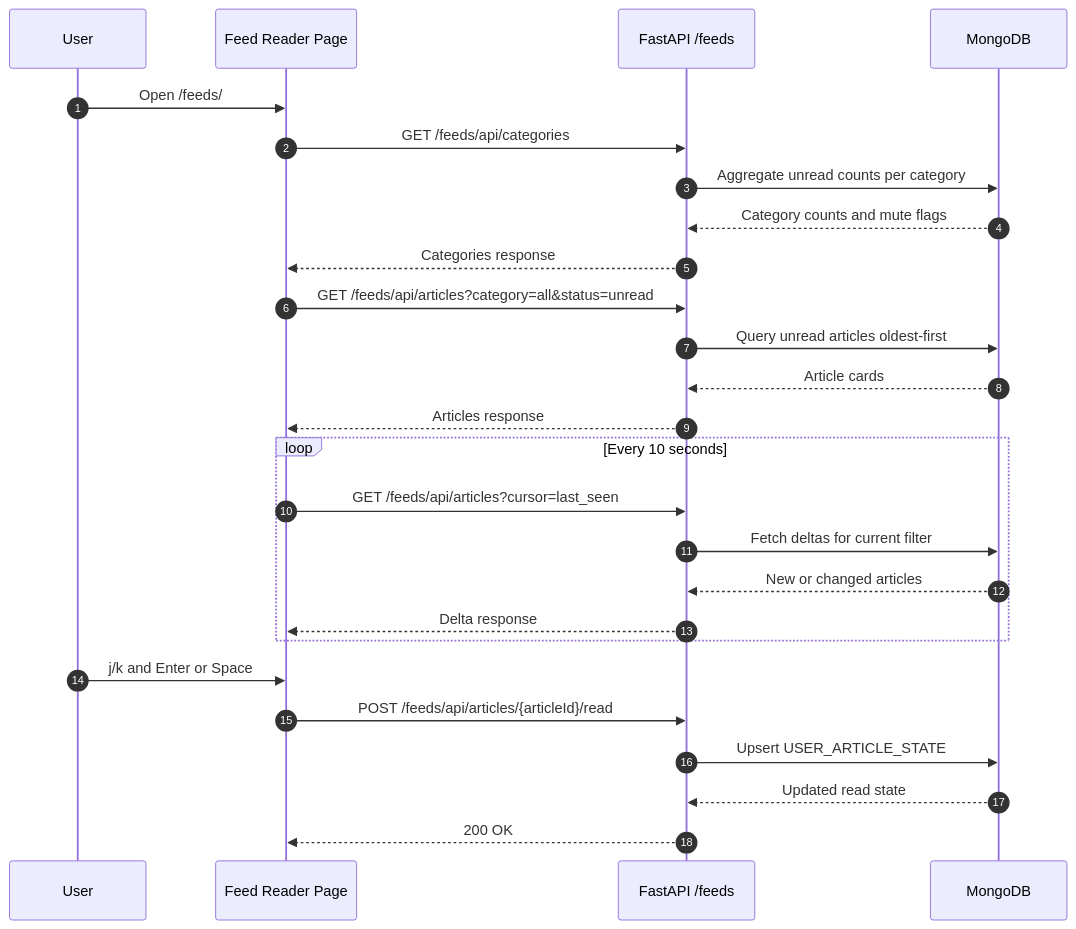
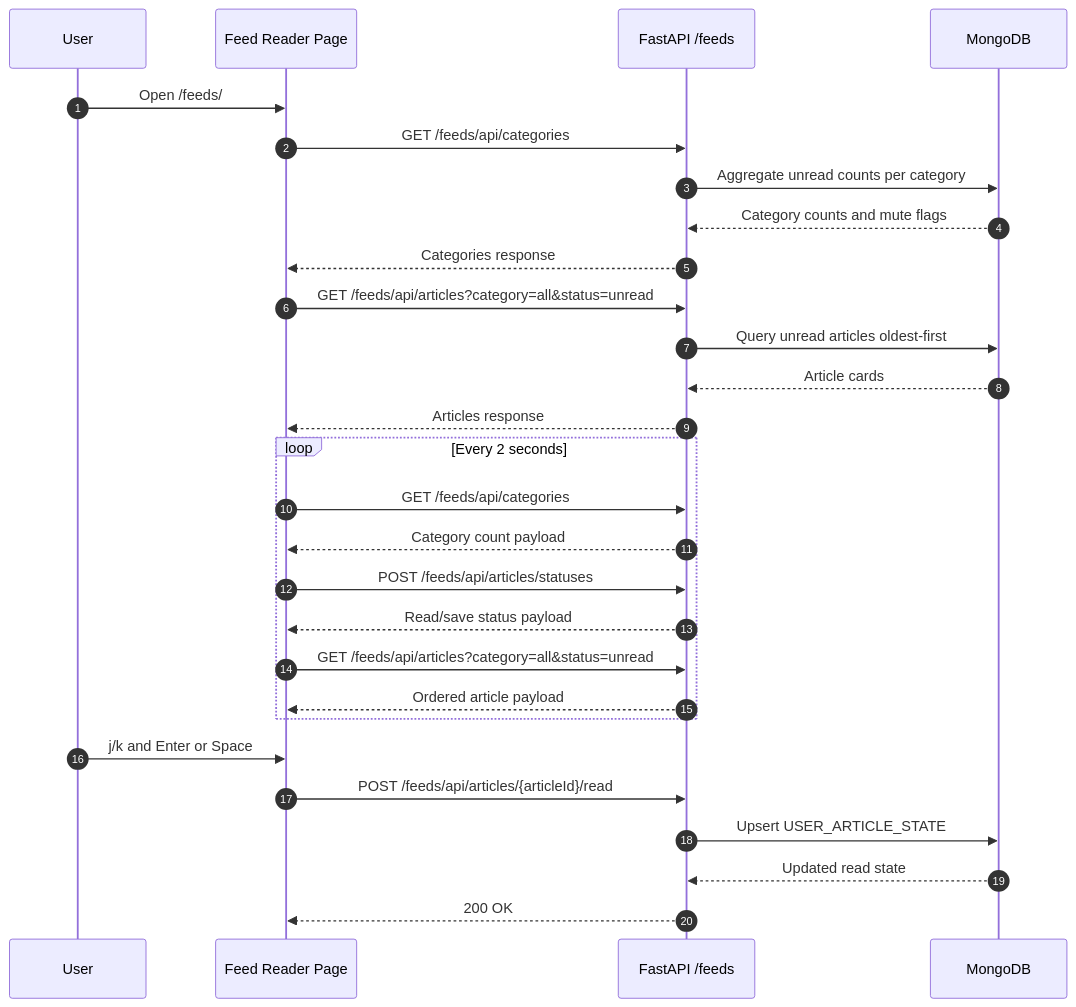
One commit to schleising/website3 changed the fifth of 5 diagrams in website/feeds/README.md. Above: the diagram before and after it, drawn with Mermaid. The commit also changed other lines of this file, not shown here.

````diff
--- a/website/feeds/README.md
+++ b/website/feeds/README.md
@@ -519,29 +575,31 @@
 ```mermaid
 sequenceDiagram
 	 autonumber
 	 participant U as User
 	 participant UI as Feed Reader Page
 	 participant API as FastAPI /feeds
 	 participant DB as MongoDB
 
 	 U->>UI: Open /feeds/
 	 UI->>API: GET /feeds/api/categories
 	 API->>DB: Aggregate unread counts per category
 	 DB-->>API: Category counts and mute flags
 	 API-->>UI: Categories response
 	 UI->>API: GET /feeds/api/articles?category=all&status=unread
 	 API->>DB: Query unread articles oldest-first
 	 DB-->>API: Article cards
 	 API-->>UI: Articles response
-	 loop Every 10 seconds
-		  UI->>API: GET /feeds/api/articles?cursor=last_seen
-		  API->>DB: Fetch deltas for current filter
-		  DB-->>API: New or changed articles
-		  API-->>UI: Delta response
+	 loop Every 2 seconds
+		  UI->>API: GET /feeds/api/categories
+		  API-->>UI: Category count payload
+		  UI->>API: POST /feeds/api/articles/statuses
+		  API-->>UI: Read/save status payload
+		  UI->>API: GET /feeds/api/articles?category=all&status=unread
+		  API-->>UI: Ordered article payload
 	 end
 	 U->>UI: j/k and Enter or Space
 	 UI->>API: POST /feeds/api/articles/{articleId}/read
 	 API->>DB: Upsert USER_ARTICLE_STATE
 	 DB-->>API: Updated read state
 	 API-->>UI: 200 OK
 ```
````
